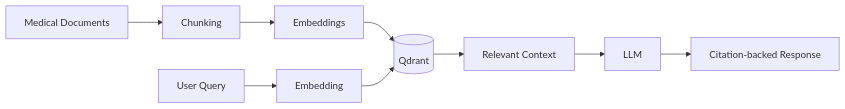
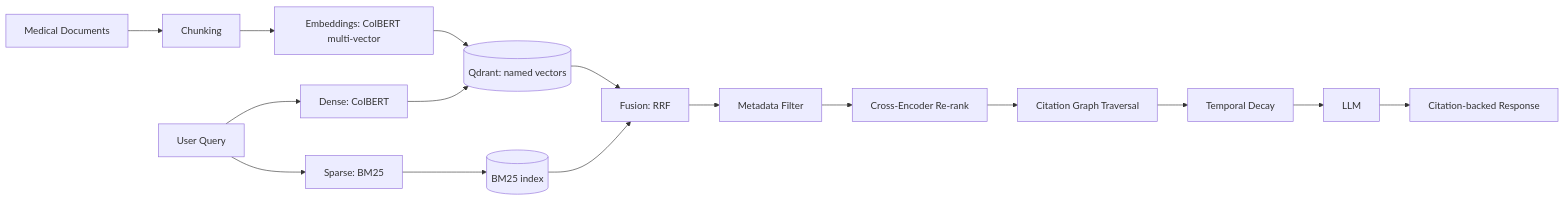
The fourth of 7 diagrams in docs/05_BACKEND_DESIGN.md (SubhranshuPan/medintel-ai), drawn with Mermaid before and after one commit. The commit also changed other lines of this file and 4 other files, not shown here.

First line of the commit message:
docs(architecture): update TRD, PRD, Scope, App Flow, Backend Design for full platform scope

````diff
--- a/docs/05_BACKEND_DESIGN.md
+++ b/docs/05_BACKEND_DESIGN.md
@@ -96,23 +181,20 @@
 ```mermaid
 flowchart LR
 
-A[Medical Documents]
+A[Medical Documents] --> B[Chunking]
+B --> C[Embeddings: ColBERT multi-vector]
+C --> D[(Qdrant: named vectors)]
 
---> B[Chunking]
-
---> C[Embeddings]
-
---> D[(Qdrant)]
-
-E[User Query]
-
---> F[Embedding]
-
---> D
-
-D --> G[Relevant Context]
-
-G --> H[LLM]
-
+E[User Query] --> F1[Dense: ColBERT]
+E --> F2[Sparse: BM25]
+F1 --> D
+F2 --> IDX[(BM25 index)]
+D --> G1[Fusion: RRF]
+IDX --> G1
+G1 --> G2[Metadata Filter]
+G2 --> G3[Cross-Encoder Re-rank]
+G3 --> G4[Citation Graph Traversal]
+G4 --> G5[Temporal Decay]
+G5 --> H[LLM]
 H --> I[Citation-backed Response]
 ```
````
